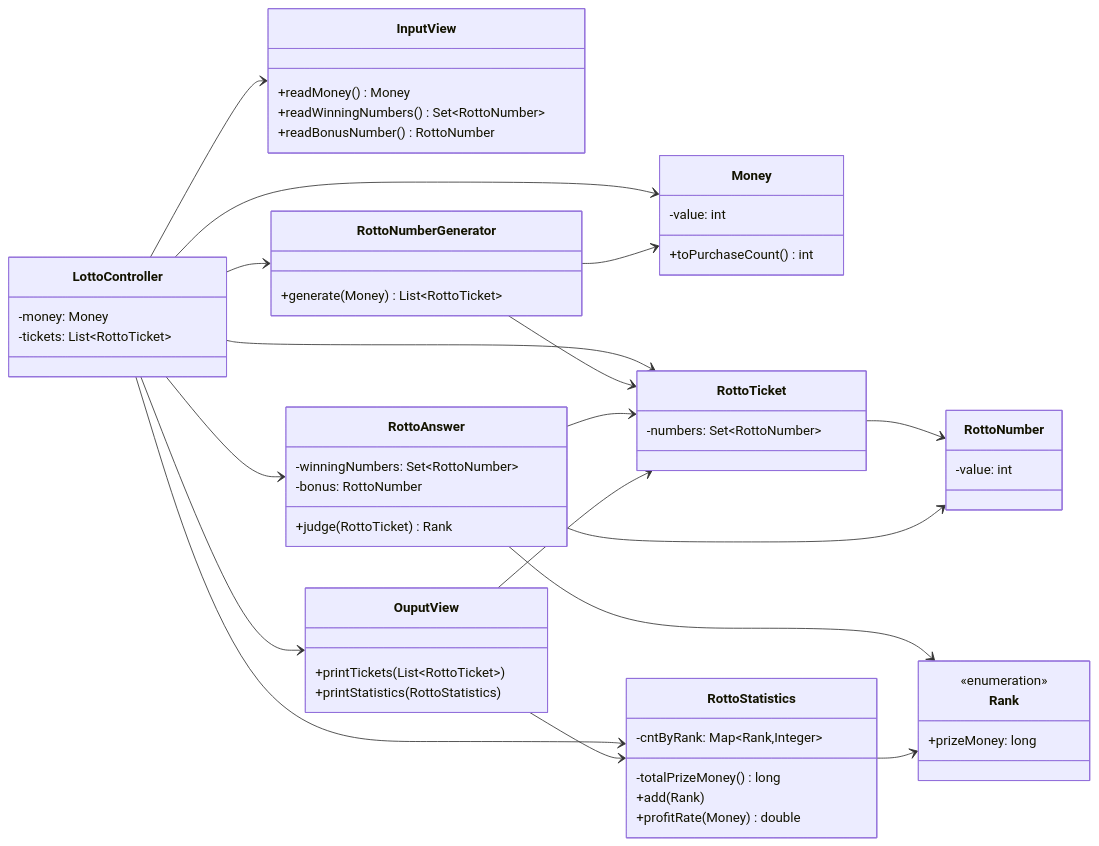
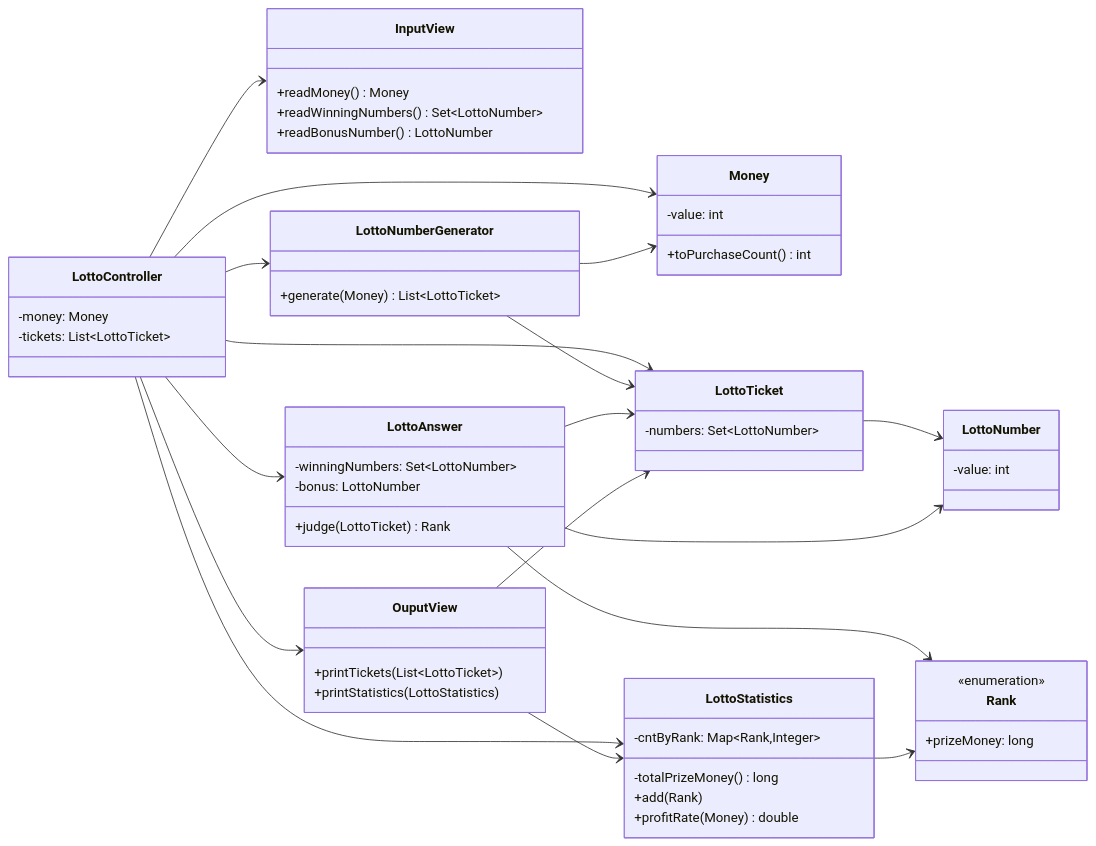
The diagram in README.md (Lujaec/java-lotto-kakao), drawn with Mermaid before and after one commit. The commit also changed other lines of this file and 2 other files, not shown here.

Commit message:
refactor: Rotto를 Lotto로 리펙토링

````diff
--- a/README.md
+++ b/README.md
@@ -68,72 +68,72 @@
 ```mermaid
 classDiagram
 direction LR
 
 class InputView {
   +readMoney() Money
-  +readWinningNumbers() Set~RottoNumber~
-  +readBonusNumber() RottoNumber
+  +readWinningNumbers() Set~LottoNumber~
+  +readBonusNumber() LottoNumber
 }
 
 class OuputView {
-  +printTickets(List~RottoTicket~)
-  +printStatistics(RottoStatistics)
+  +printTickets(List~LottoTicket~)
+  +printStatistics(LottoStatistics)
 }
 
 class LottoController {
   -money: Money
-  -tickets: List~RottoTicket~
+  -tickets: List~LottoTicket~
 }
 
 class Money {
   -value: int
   +toPurchaseCount() int
 }
 
-class RottoTicket {
-  -numbers: Set~RottoNumber~
+class LottoTicket {
+  -numbers: Set~LottoNumber~
 }
 
-class RottoNumber {
+class LottoNumber {
   -value: int
 }
 
-class RottoNumberGenerator {
-  +generate(Money) List~RottoTicket~
+class LottoNumberGenerator {
+  +generate(Money) List~LottoTicket~
 }
 
-class RottoAnswer {
-  -winningNumbers: Set~RottoNumber~
-  -bonus: RottoNumber
-  +judge(RottoTicket) Rank
+class LottoAnswer {
+  -winningNumbers: Set~LottoNumber~
+  -bonus: LottoNumber
+  +judge(LottoTicket) Rank
 }
 
 class Rank {
   <<enumeration>>
   +prizeMoney: long
 }
 
-class RottoStatistics {
+class LottoStatistics {
   -cntByRank: Map~Rank,Integer~
   -totalPrizeMoney() long
   +add(Rank)
   +profitRate(Money) double
 }
 
 LottoController --> InputView
 LottoController --> OuputView
 LottoController --> Money
-LottoController --> RottoTicket
-LottoController --> RottoNumberGenerator
-LottoController --> RottoAnswer
-LottoController --> RottoStatistics
-RottoTicket --> RottoNumber
-RottoNumberGenerator --> Money
-RottoNumberGenerator --> RottoTicket
-RottoAnswer --> RottoNumber
-RottoAnswer --> RottoTicket
-RottoAnswer --> Rank
-RottoStatistics --> Rank
-OuputView --> RottoTicket
-OuputView --> RottoStatistics
+LottoController --> LottoTicket
+LottoController --> LottoNumberGenerator
+LottoController --> LottoAnswer
+LottoController --> LottoStatistics
+LottoTicket --> LottoNumber
+LottoNumberGenerator --> Money
+LottoNumberGenerator --> LottoTicket
+LottoAnswer --> LottoNumber
+LottoAnswer --> LottoTicket
+LottoAnswer --> Rank
+LottoStatistics --> Rank
+OuputView --> LottoTicket
+OuputView --> LottoStatistics
 ```
````
